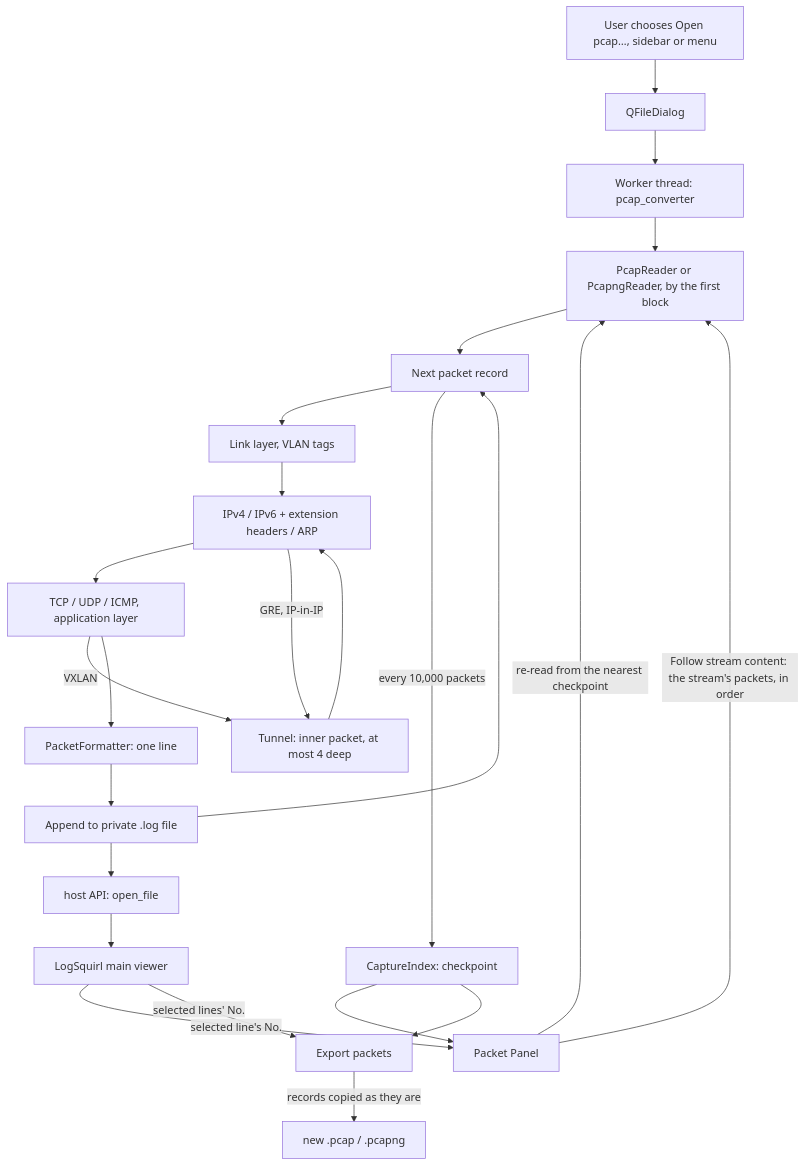
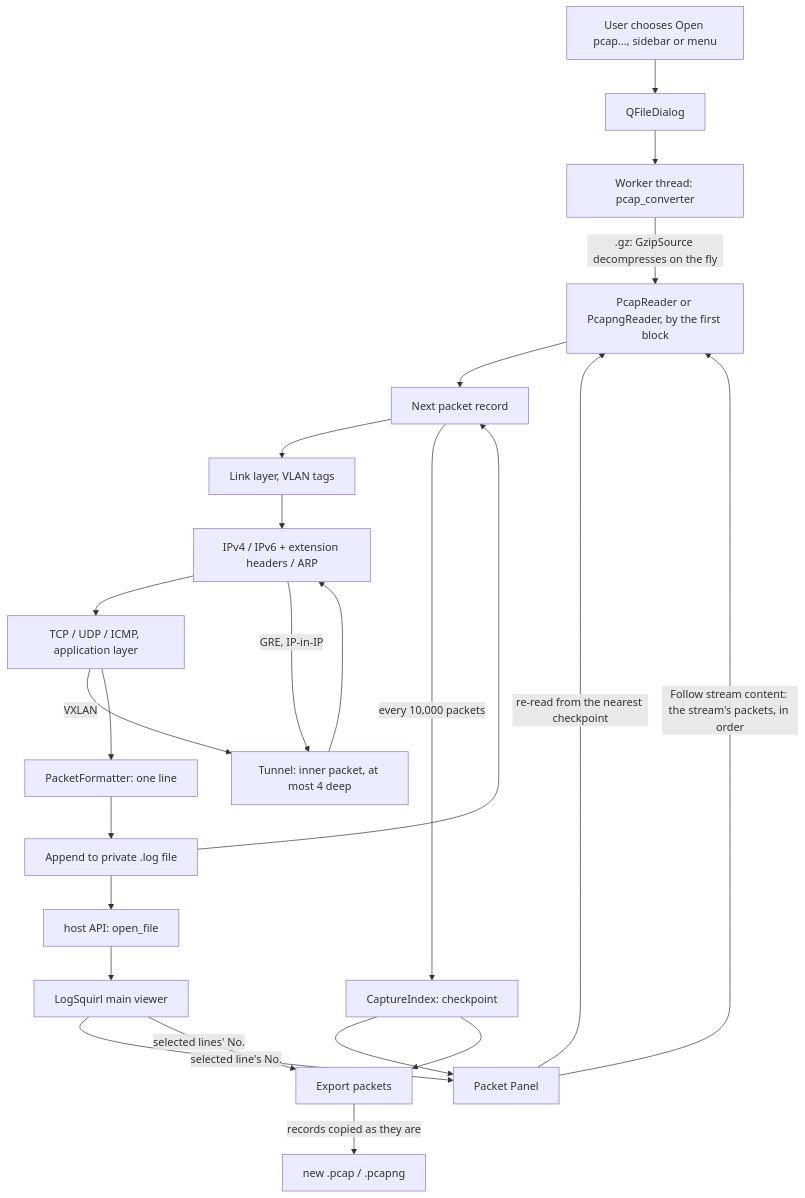
The diagram in README.md (64x-lunicorn/LogSquirl-tcpdump), drawn with Mermaid before and after one commit. The commit also changed other lines of this file and 24 other files, not shown here.

````diff
--- a/README.md
+++ b/README.md
@@ -492,26 +500,26 @@
 ```mermaid
 graph TD
     A[User chooses Open pcap…, sidebar or menu] --> B[QFileDialog]
     B --> C[Worker thread: pcap_converter]
-    C --> D[PcapReader or PcapngReader, by the first block]
+    C -->|.gz: GzipSource decompresses on the fly| D[PcapReader or PcapngReader, by the first block]
     D --> E[Next packet record]
     E --> F[Link layer, VLAN tags]
     F --> G[IPv4 / IPv6 + extension headers / ARP]
     G --> H[TCP / UDP / ICMP, application layer]
     G -->|GRE, IP-in-IP| T[Tunnel: inner packet, at most 4 deep]
     H -->|VXLAN| T
     T --> G
     H --> I[PacketFormatter: one line]
     I --> J[Append to private .log file]
     J --> E
     J --> K[host API: open_file]
     K --> L[LogSquirl main viewer]
     E -->|every 10,000 packets| X[CaptureIndex: checkpoint]
     L -->|selected line's No.| P[Packet Panel]
     X --> P
     P -->|re-read from the nearest checkpoint| D
     P -->|Follow stream content: the stream's packets, in order| D
     L -->|selected lines' No.| Q[Export packets]
     X --> Q
     Q -->|records copied as they are| R[new .pcap / .pcapng]
 ```
````
